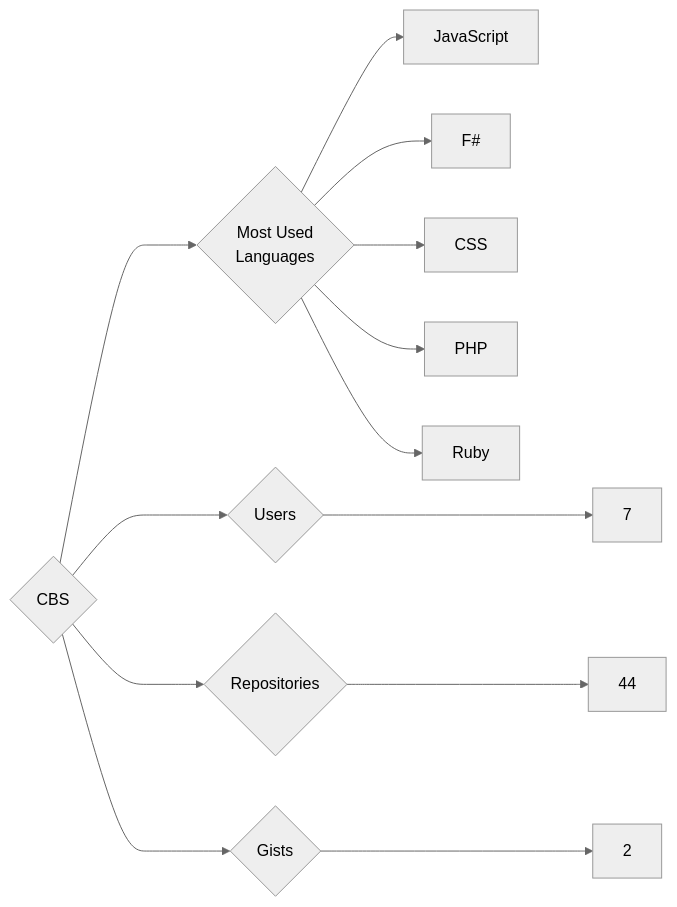
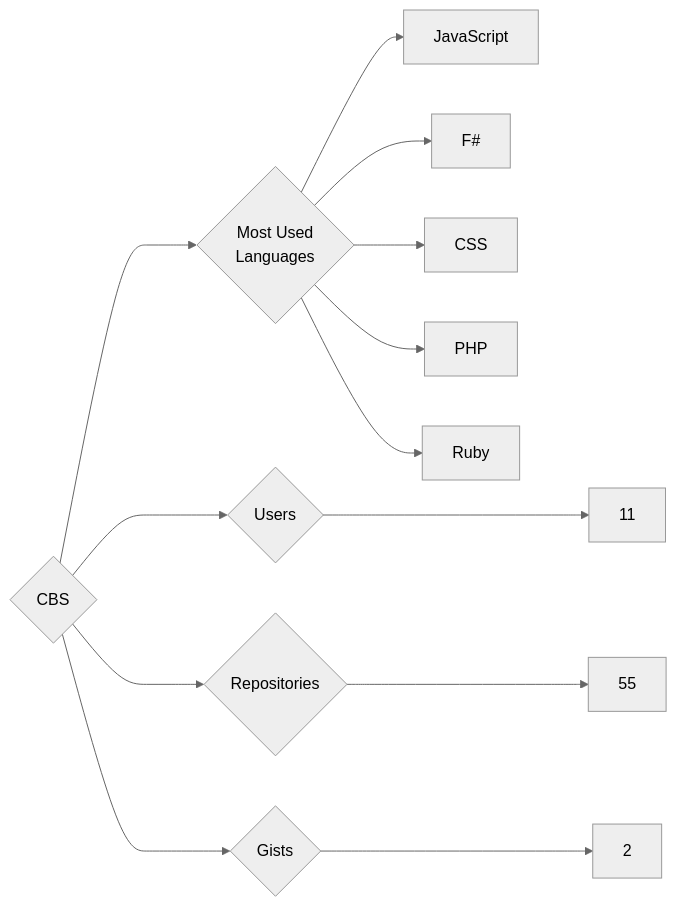
The diagram in targets/CBS/README.md (trickest/insiders), drawn with Mermaid (neutral theme) before and after one commit. The commit also changed 772 other files, not shown here.

````diff
--- a/targets/CBS/README.md
+++ b/targets/CBS/README.md
@@ -3,13 +3,13 @@
 ```mermaid
 graph LR
 COMPANY_NAME{CBS}
-COMPANY_NAME ---> U{Users} ---> UN[7]
-COMPANY_NAME ---> R{Repositories} ---> RN[44]
+COMPANY_NAME ---> U{Users} ---> UN[11]
+COMPANY_NAME ---> R{Repositories} ---> RN[55]
 COMPANY_NAME ---> G{Gists} ---> GN[2]
 COMPANY_NAME ---> ML{Most Used<br>Languages}
 ML --> JavaScript[JavaScript]
 ML --> F#[F#]
 ML --> CSS[CSS]
 ML --> PHP[PHP]
 ML --> Ruby[Ruby]
 ```
````
